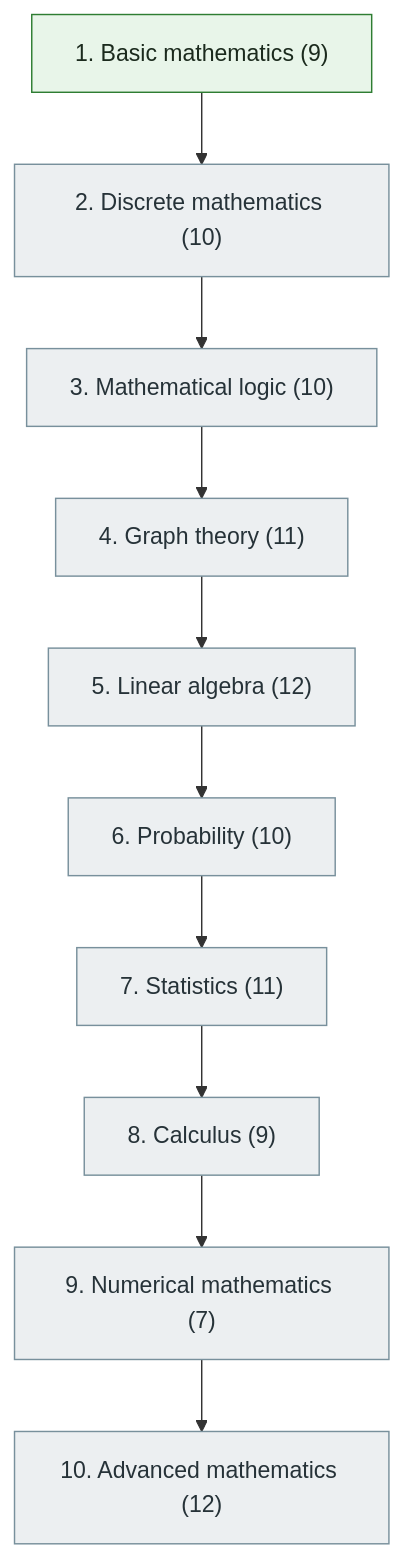
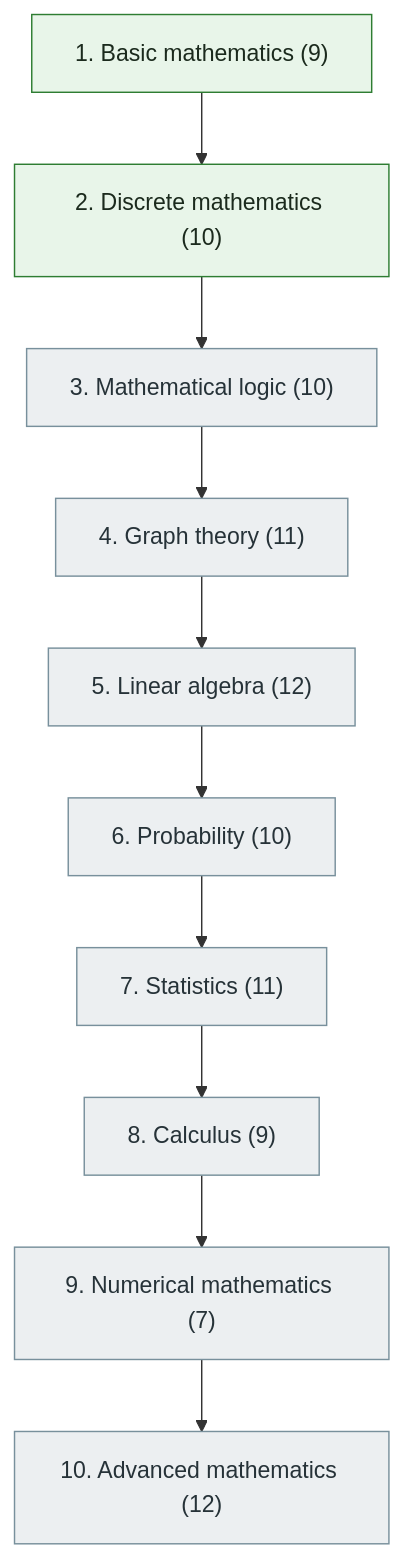
The diagram in docs/01-computer-science-foundations/02-mathematics-for-computer-science/index.md (Sumit6258/Software-Engineer), drawn with Mermaid before and after one commit. The commit also changed other lines of this file and 20 other files, not shown here.

````diff
--- a/docs/01-computer-science-foundations/02-mathematics-for-computer-science/index.md
+++ b/docs/01-computer-science-foundations/02-mathematics-for-computer-science/index.md
@@ -38,17 +38,17 @@
 ```mermaid
 flowchart TD
     C1["1. Basic mathematics (9)"] --> C2["2. Discrete mathematics (10)"] --> C3["3. Mathematical logic (10)"] --> C4["4. Graph theory (11)"] --> C5["5. Linear algebra (12)"] --> C6["6. Probability (10)"] --> C7["7. Statistics (11)"] --> C8["8. Calculus (9)"] --> C9["9. Numerical mathematics (7)"] --> C10["10. Advanced mathematics (12)"]
     classDef ns fill:#eceff1,stroke:#78909c,color:#263238;
     classDef ip fill:#fff8e1,stroke:#f9a825,color:#263238;
     classDef dr fill:#e8f5e9,stroke:#2e7d32,color:#1b2a1d;
     class C1 dr;
-    class C2 ns;
+    class C2 dr;
     class C3 ns;
     class C4 ns;
     class C5 ns;
     class C6 ns;
     class C7 ns;
     class C8 ns;
     class C9 ns;
     class C10 ns;
 ```
````
